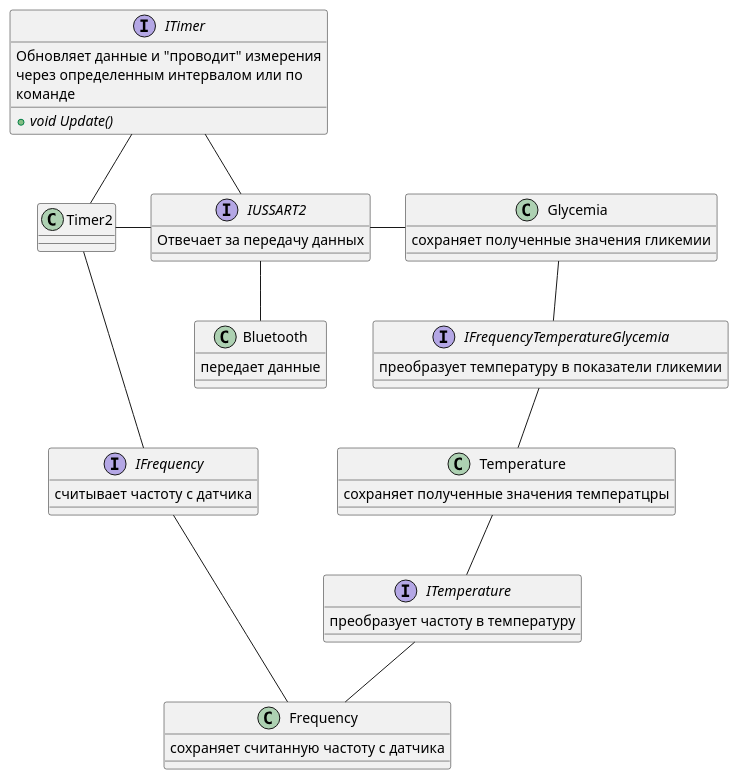
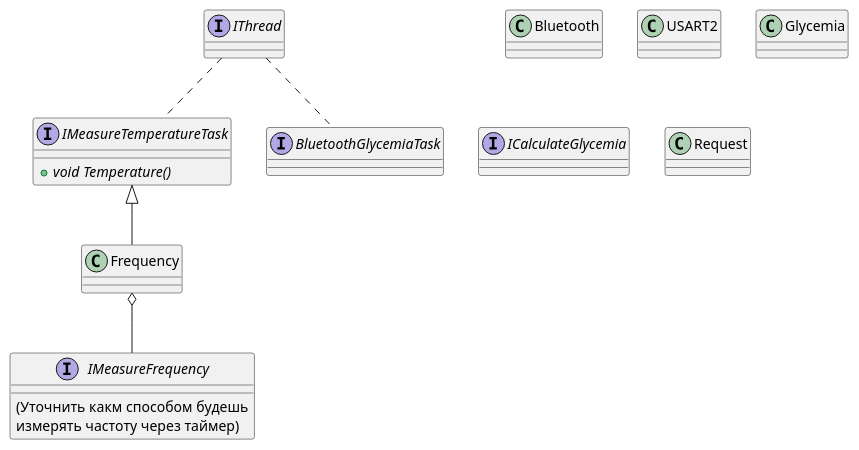
One commit to Luda-Seliv-KE-413/Kursovoy changed the diagram in DOC/Diagram.puml. Above: the diagram before and after it, drawn with PlantUML.

Commit message:
что-то

```diff
--- a/DOC/Diagram.puml
+++ b/DOC/Diagram.puml
@@ -1,68 +1,29 @@
-@startuml
+@startuml name 
 
-interface ITemperature
+interface IThread
+interface IMeasureTemperatureTask
 {
-    преобразует частоту в температуру
+    +{abstract} void Temperature()
+}
+class Frequency
+interface IMeasureFrequency
+{
+    (Уточнить какм способом будешь 
+    измерять частоту через таймер)
 }
 
-class Frequency
-{
-    сохраняет считанную частоту с датчика
-}
+IThread .. IMeasureTemperatureTask
+Frequency -up-|> IMeasureTemperatureTask
+IMeasureFrequency -up-o Frequency
 
-interface IFrequency
-{
-    считывает частоту с датчика
-}
+interface BluetoothGlycemiaTask
+class Bluetooth
+class USART2
+class Glycemia
+interface ICalculateGlycemia
 
-class Timer2
-{
-    
-}
+IThread .. BluetoothGlycemiaTask
 
-interface ITimer
-{
-    Обновляет данные и "проводит" измерения 
-    через определенным интервалом или по 
-    команде
-    + {abstract} void Update()
-}
-
-class Bluetooth
-{
-    передает данные  
-}
-
-interface IUSSART2
-{
-    Отвечает за передачу данных
-}
-
-interface IFrequencyTemperatureGlycemia
-{
-    преобразует температуру в показатели гликемии
-}
-
-class Temperature
-{
-    сохраняет полученные значения температцры
-}
-
-class Glycemia
-{
-    сохраняет полученные значения гликемии
-}
-
-IFrequencyTemperatureGlycemia -down- Temperature
-Temperature -down- ITemperature
-Frequency -left- IFrequency
-ITemperature -down-Frequency
-IUSSART2 --Bluetooth
-Glycemia -down-IFrequencyTemperatureGlycemia
-Glycemia -left- IUSSART2
-ITimer-- Timer2
-ITimer --IUSSART2
-Timer2 -right-IUSSART2
-Timer2 --IFrequency
+class Request
 
 @enduml
```
